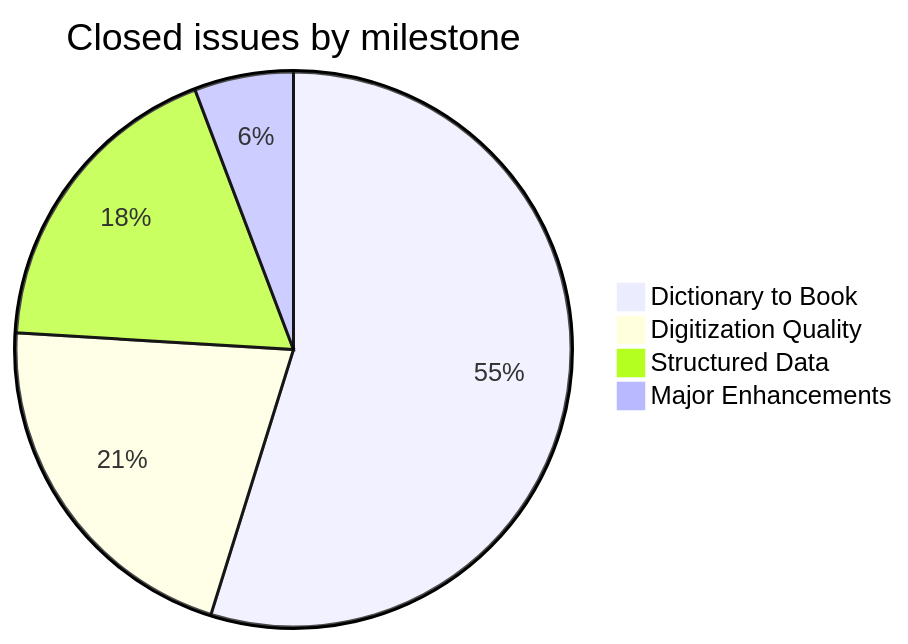
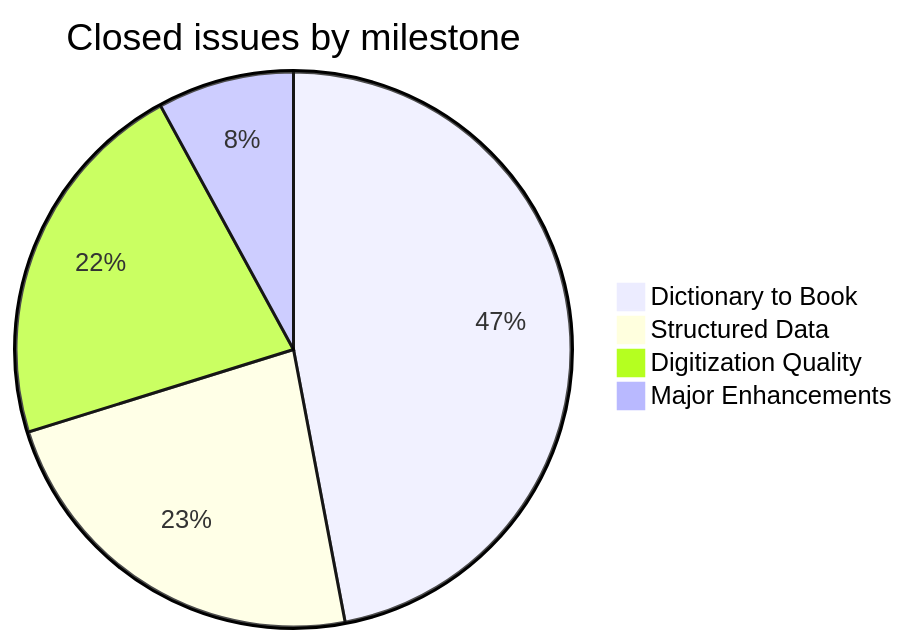
Before and after one commit to sanskrit-lexicon/PWG: the second of 3 diagrams in readme.md, drawn with Mermaid. The commit also changed other lines of this file, not shown here.

````diff
--- a/readme.md
+++ b/readme.md
@@ -164,7 +180,7 @@
 ```mermaid
 pie title Closed issues by milestone
-    "Dictionary to Book" : 57
-    "Digitization Quality" : 22
-    "Structured Data" : 19
-    "Major Enhancements" : 6
+    "Dictionary to Book" : 71
+    "Structured Data" : 35
+    "Digitization Quality" : 33
+    "Major Enhancements" : 12
 ```
````
